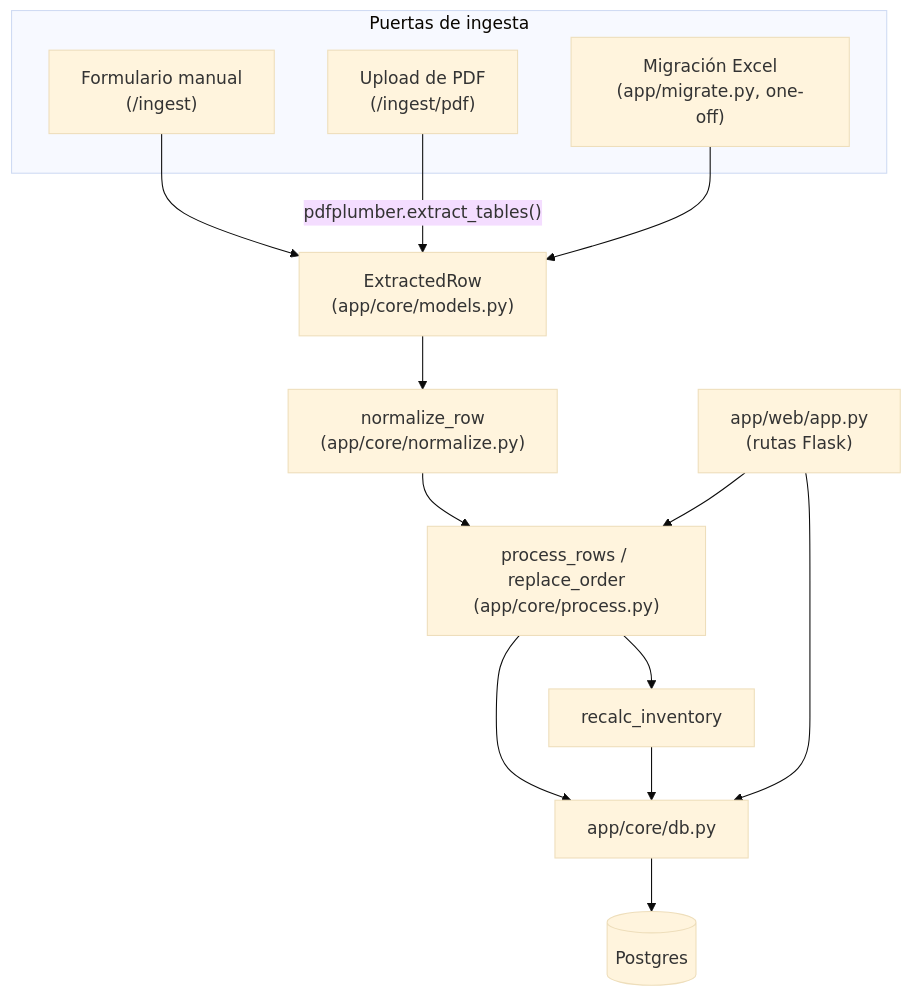
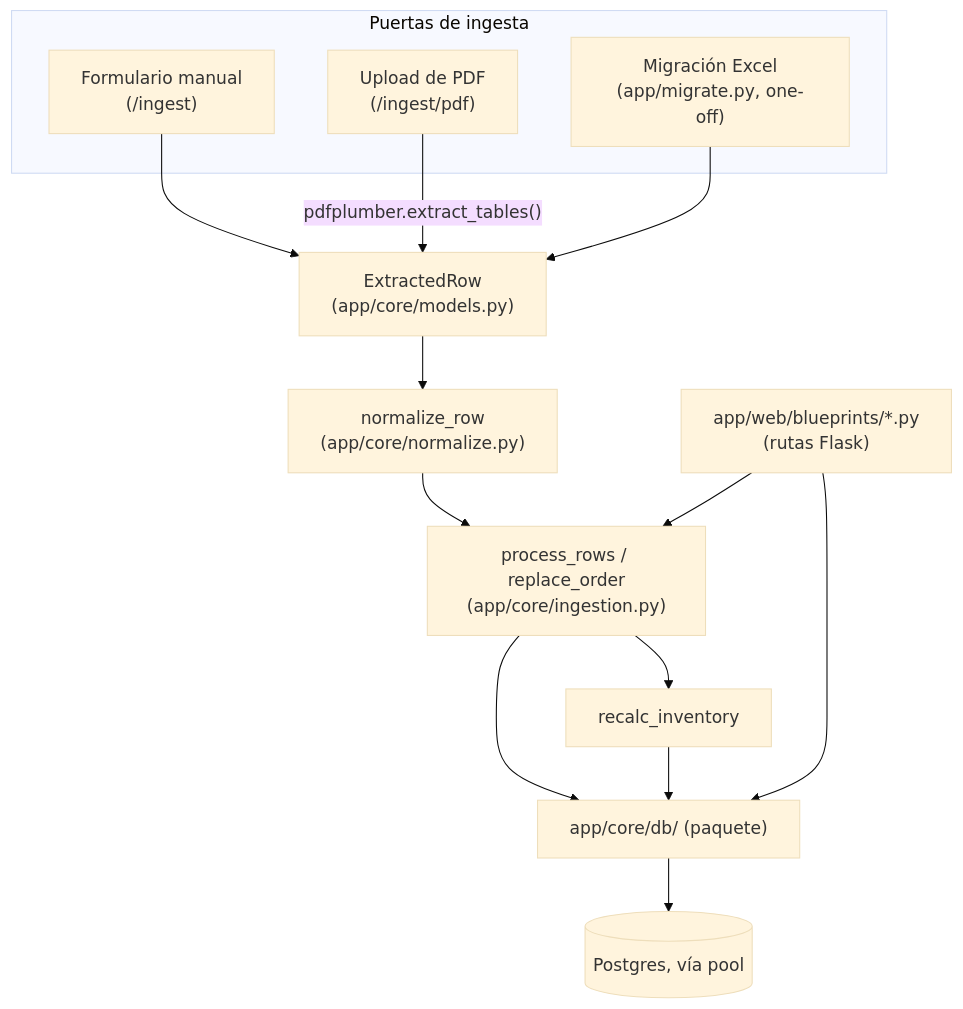
The first of 2 diagrams in docs/ARCHITECTURE.md (nickkmm/plates), drawn with Mermaid (base theme) before and after one commit. The commit also changed other lines of this file and 6 other files, not shown here.

````diff
--- a/docs/ARCHITECTURE.md
+++ b/docs/ARCHITECTURE.md
@@ -11,20 +11,20 @@
 ```mermaid
 flowchart TD
     subgraph Puertas["Puertas de ingesta"]
         M["Formulario manual<br/>(/ingest)"]
         PDF["Upload de PDF<br/>(/ingest/pdf)"]
         MIG["Migración Excel<br/>(app/migrate.py, one-off)"]
     end
     M --> ER["ExtractedRow<br/>(app/core/models.py)"]
     PDF -->|"pdfplumber.extract_tables()"| ER
     MIG --> ER
     ER --> NORM["normalize_row<br/>(app/core/normalize.py)"]
-    NORM --> PROC["process_rows / replace_order<br/>(app/core/process.py)"]
-    PROC --> DBL["app/core/db.py"]
-    DBL --> PG[(Postgres)]
+    NORM --> PROC["process_rows / replace_order<br/>(app/core/ingestion.py)"]
+    PROC --> DBL["app/core/db/ (paquete)"]
+    DBL --> PG[(Postgres, vía pool)]
     PROC --> INV[recalc_inventory]
     INV --> DBL
 
-    WEB["app/web/app.py<br/>(rutas Flask)"] --> PROC
+    WEB["app/web/blueprints/*.py<br/>(rutas Flask)"] --> PROC
     WEB --> DBL
 ```
````
